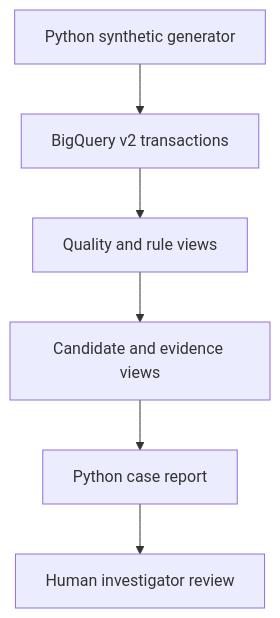
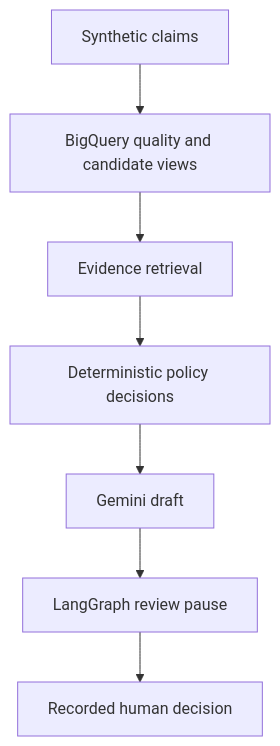
One commit to ElishaD17/compliance-investigation-agent changed the diagram in doc/COMPLIANCE_INVESTIGATION_AGENT_TEAM_HANDOFF.md. Above: the diagram before and after it, drawn with Mermaid. The commit also changed other lines of this file, not shown here.

Commit message:
Update team handoff with Gemini and human review workflow

````diff
--- a/doc/COMPLIANCE_INVESTIGATION_AGENT_TEAM_HANDOFF.md
+++ b/doc/COMPLIANCE_INVESTIGATION_AGENT_TEAM_HANDOFF.md
@@ -23,8 +23,9 @@
 ```mermaid
 flowchart TD
-    A["Python synthetic generator"] --> B["BigQuery v2 transactions"]
-    B --> C["Quality and rule views"]
-    C --> D["Candidate and evidence views"]
-    D --> E["Python case report"]
-    E --> F["Human investigator review"]
+    A["Synthetic claims"] --> B["BigQuery quality and candidate views"]
+    B --> C["Evidence retrieval"]
+    C --> D["Deterministic policy decisions"]
+    D --> E["Gemini draft"]
+    E --> F["LangGraph review pause"]
+    F --> G["Recorded human decision"]
 ```
````
